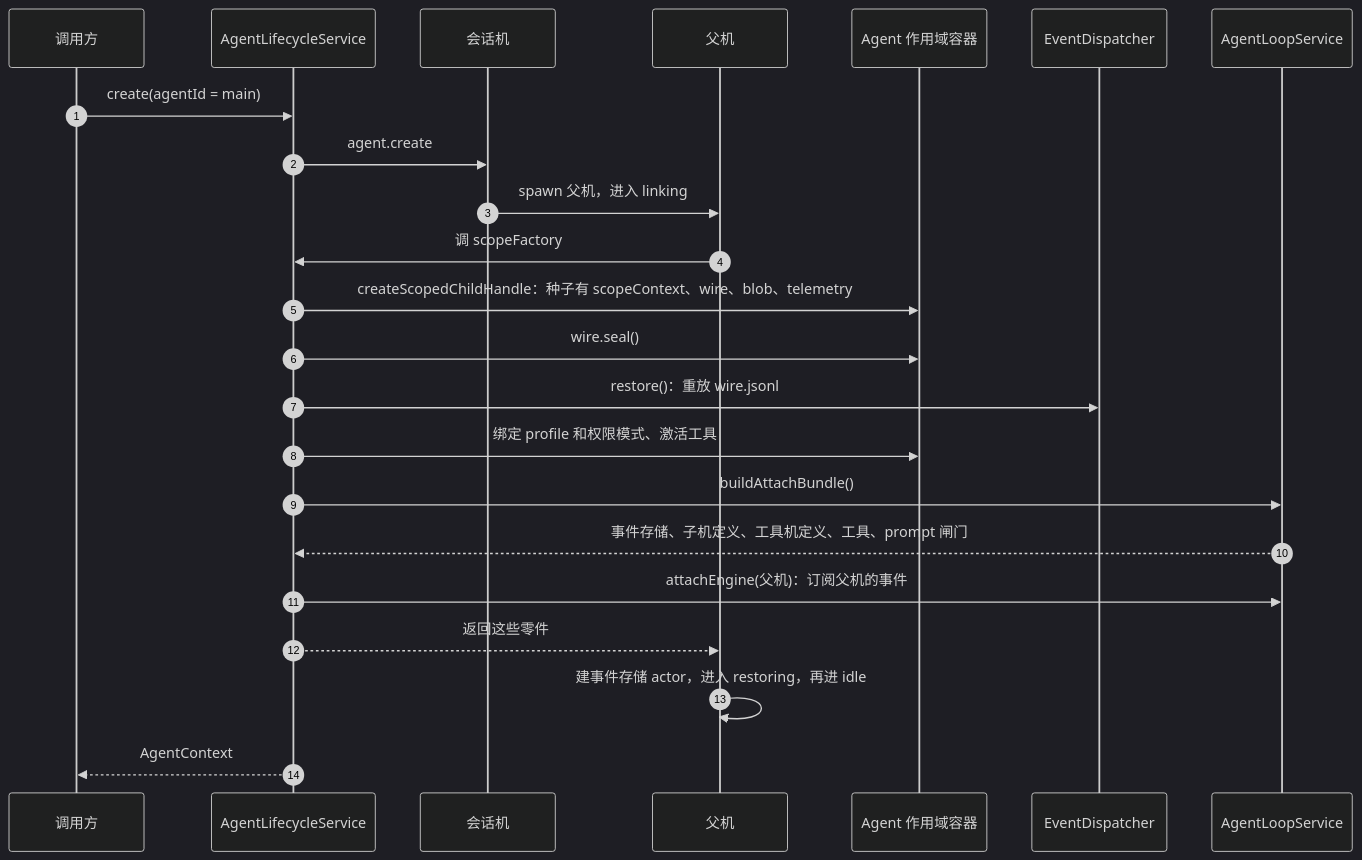
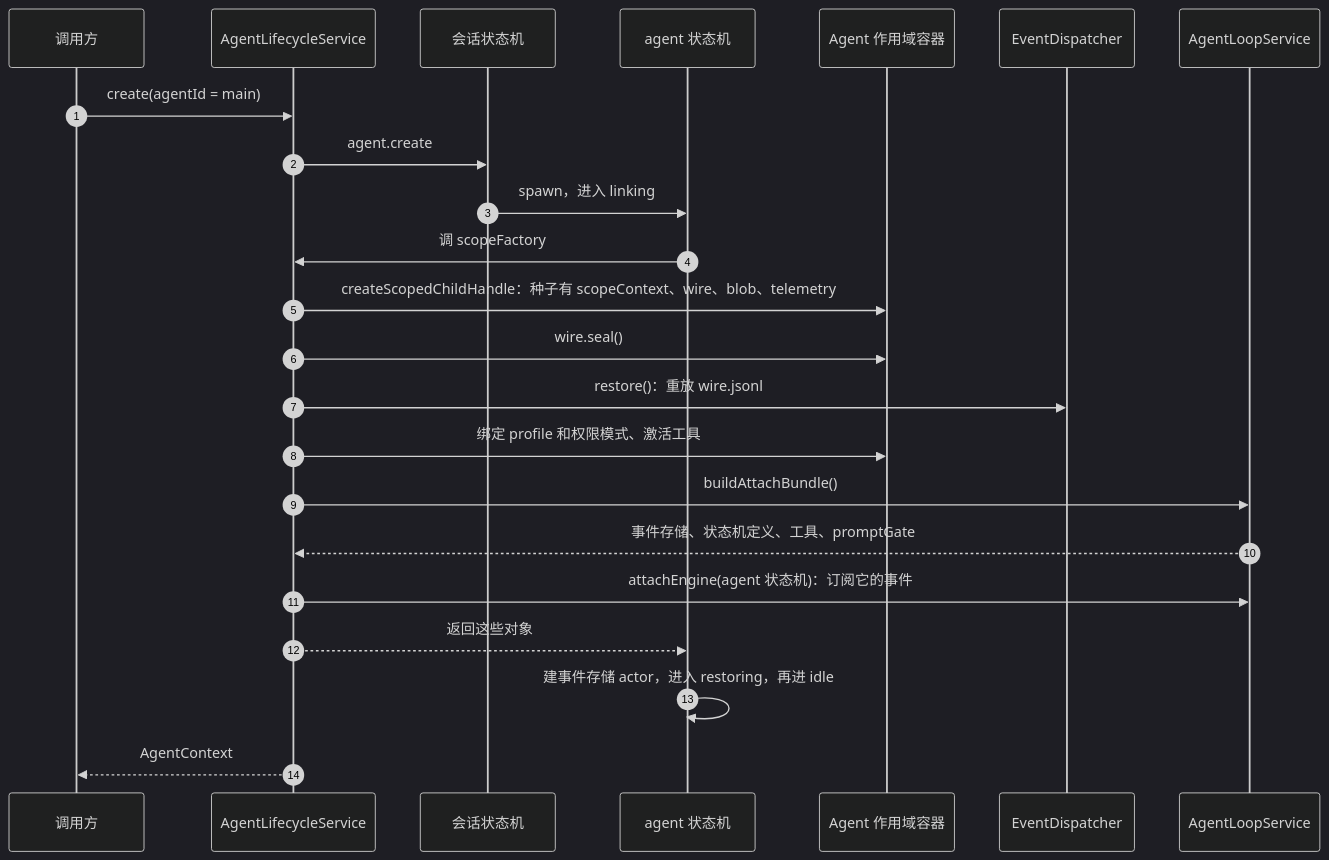
One commit to nickqiaoo/nickqiaoo.github.io changed the fifth of 10 diagrams in src/content/post/agents-kimi-code/index.md. Above: the diagram before and after it, drawn with Mermaid (dark theme). The commit also changed other lines of this file, not shown here.

````diff
--- a/src/content/post/agents-kimi-code/index.md
+++ b/src/content/post/agents-kimi-code/index.md
@@ -300,26 +300,26 @@
 ```mermaid
 sequenceDiagram
   autonumber
   participant C as 调用方
   participant Life as AgentLifecycleService
-  participant SM as 会话机
-  participant AM as 父机
+  participant SM as 会话状态机
+  participant AM as agent 状态机
   participant DI as Agent 作用域容器
   participant Disp as EventDispatcher
   participant LS as AgentLoopService
 
   C->>Life: create(agentId = main)
   Life->>SM: agent.create
-  SM->>AM: spawn 父机，进入 linking
+  SM->>AM: spawn，进入 linking
   AM->>Life: 调 scopeFactory
   Life->>DI: createScopedChildHandle：种子有 scopeContext、wire、blob、telemetry
   Life->>DI: wire.seal()
   Life->>Disp: restore()：重放 wire.jsonl
   Life->>DI: 绑定 profile 和权限模式、激活工具
   Life->>LS: buildAttachBundle()
-  LS-->>Life: 事件存储、子机定义、工具机定义、工具、prompt 闸门
-  Life->>LS: attachEngine(父机)：订阅父机的事件
-  Life-->>AM: 返回这些零件
+  LS-->>Life: 事件存储、状态机定义、工具、promptGate
+  Life->>LS: attachEngine(agent 状态机)：订阅它的事件
+  Life-->>AM: 返回这些对象
   AM->>AM: 建事件存储 actor，进入 restoring，再进 idle
   Life-->>C: AgentContext
 ```
````
